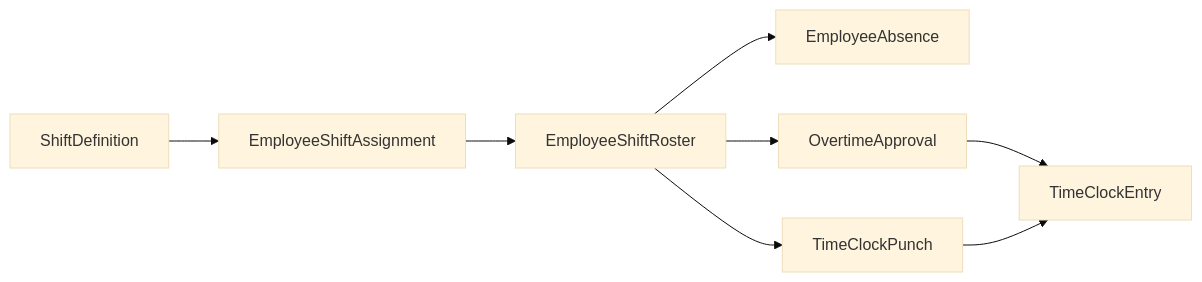
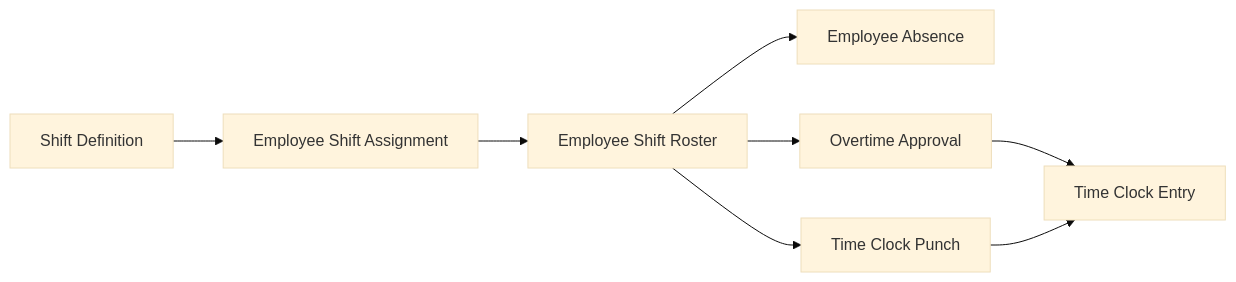
Before and after one commit to mmcodesso/greenfield_database: the second of 6 diagrams in docs/processes/payroll.md, drawn with Mermaid (base theme). The commit also changed other lines of this file and 6 other files, not shown here.

````diff
--- a/docs/processes/payroll.md
+++ b/docs/processes/payroll.md
@@ -91,15 +91,15 @@
 ```mermaid
 flowchart LR
-    SD[ShiftDefinition]
-    ESA[EmployeeShiftAssignment]
-    ESR[EmployeeShiftRoster]
-    ABS[EmployeeAbsence]
-    OTA[OvertimeApproval]
-    TCP[TimeClockPunch]
-    TCE[TimeClockEntry]
+    SD[Shift Definition]
+    ESA[Employee Shift Assignment]
+    ESR[Employee Shift Roster]
+    ABS[Employee Absence]
+    OTA[Overtime Approval]
+    TCP[Time Clock Punch]
+    TCE[Time Clock Entry]
 
     SD --> ESA --> ESR
     ESR --> ABS
     ESR --> OTA --> TCE
     ESR --> TCP --> TCE
 ```
````
